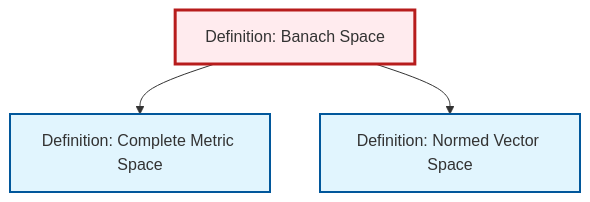
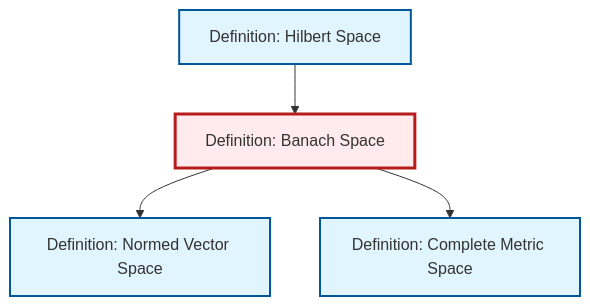
Before and after one commit to RK0429/ModernMath: the diagram in content/en/analysis/def-banach-space.qmd, drawn with Mermaid. The commit also changed 597 other files, not shown here.

````diff
--- a/content/en/analysis/def-banach-space.qmd
+++ b/content/en/analysis/def-banach-space.qmd
@@ -116,17 +116,20 @@
 ```{mermaid}
 %%| fig-cap: "Local dependency graph"
 graph TD
     classDef definition fill:#e1f5fe,stroke:#01579b,stroke-width:2px
     classDef theorem fill:#f3e5f5,stroke:#4a148c,stroke-width:2px
     classDef axiom fill:#fff3e0,stroke:#e65100,stroke-width:2px
     classDef example fill:#e8f5e9,stroke:#1b5e20,stroke-width:2px
     classDef current fill:#ffebee,stroke:#b71c1c,stroke-width:3px
     def-banach-space["Definition: Banach Space"]:::definition
+    def-complete-metric-space["Definition: Complete Metric Space"]:::definition
     def-normed-vector-space["Definition: Normed Vector Space"]:::definition
-    def-complete-metric-space["Definition: Complete Metric Space"]:::definition
+    def-hilbert-space["Definition: Hilbert Space"]:::definition
+    def-hilbert-space --> def-banach-space
+    def-banach-space --> def-normed-vector-space
     def-banach-space --> def-complete-metric-space
-    def-banach-space --> def-normed-vector-space
     class def-banach-space current
+    click def-complete-metric-space "def-complete-metric-space.html" "Go to Complete Metric Space definition"
     click def-normed-vector-space "def-normed-vector-space.html" "Go to Normed Vector Space definition"
-    click def-complete-metric-space "def-complete-metric-space.html" "Go to Complete Metric Space definition"
+    click def-hilbert-space "def-hilbert-space.html" "Go to Hilbert Space definition"
 ```
````
